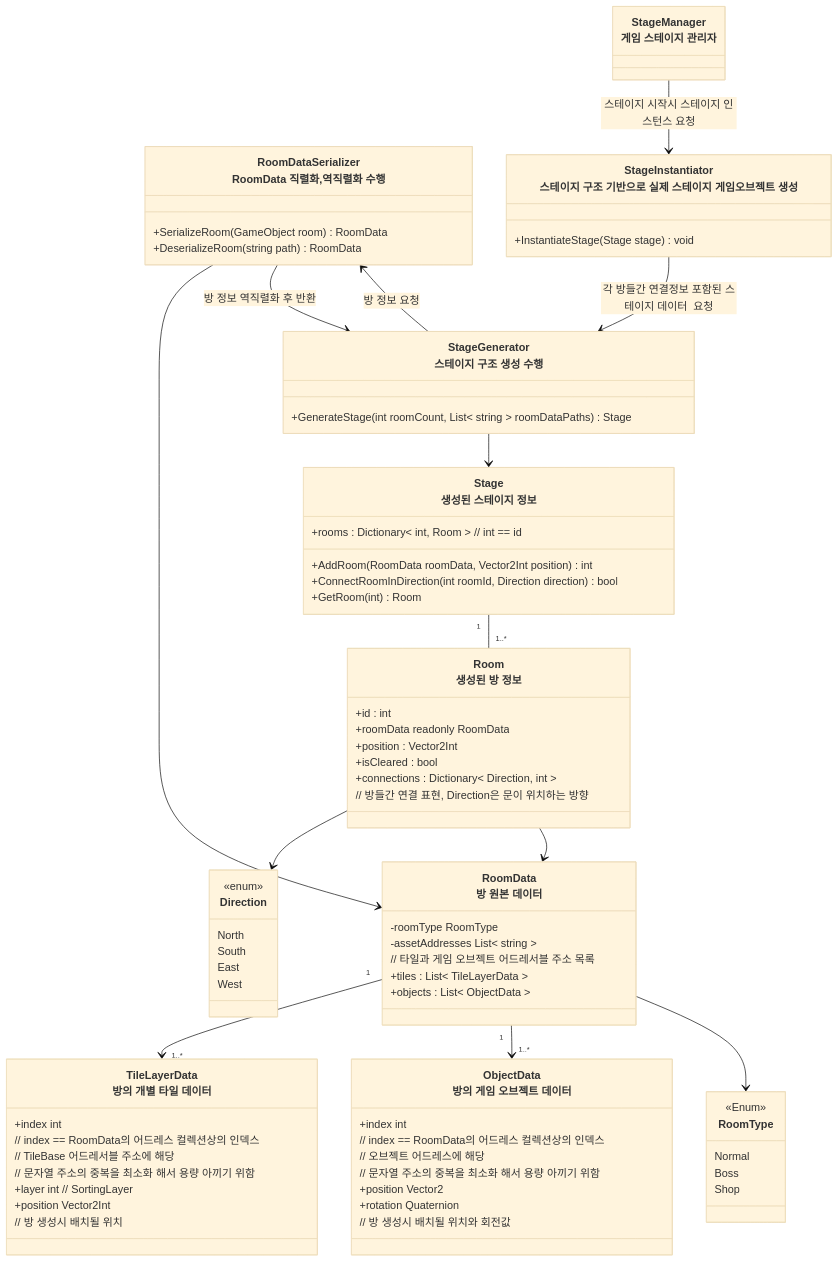
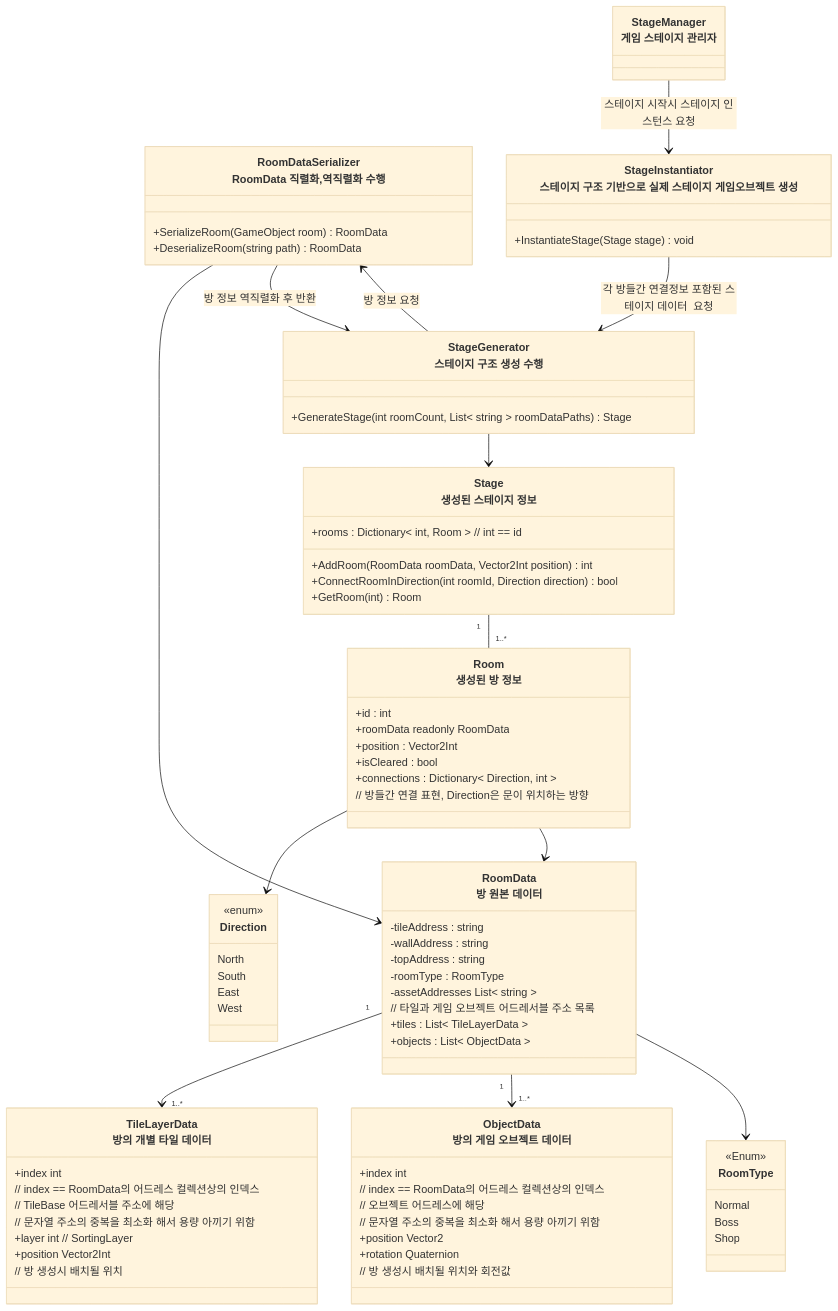
Before and after one commit to JIN5EOK/DungeonShooter: the first of 5 diagrams in Assets/_README/Stage_Spec.md, drawn with Mermaid (base theme). The commit also changed other lines of this file, not shown here.

```diff
--- a/Assets/_README/Stage_Spec.md
+++ b/Assets/_README/Stage_Spec.md
@@ -29,7 +29,10 @@
     }
 
     class RoomData["RoomData<br>방 원본 데이터"] {
-        -roomType RoomType
+        -tileAddress : string
+        -wallAddress : string
+        -topAddress : string
+        -roomType : RoomType
         -assetAddresses List< string >
         // 타일과 게임 오브젝트 어드레서블 주소 목록
         +tiles : List< TileLayerData >
```
